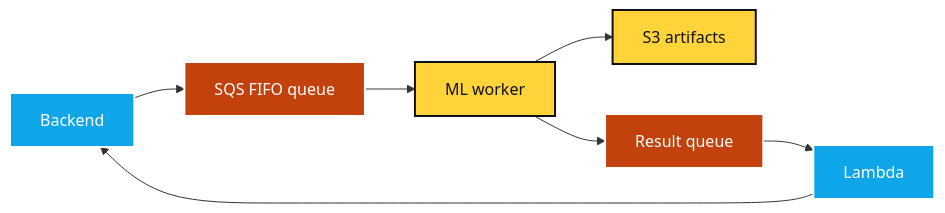
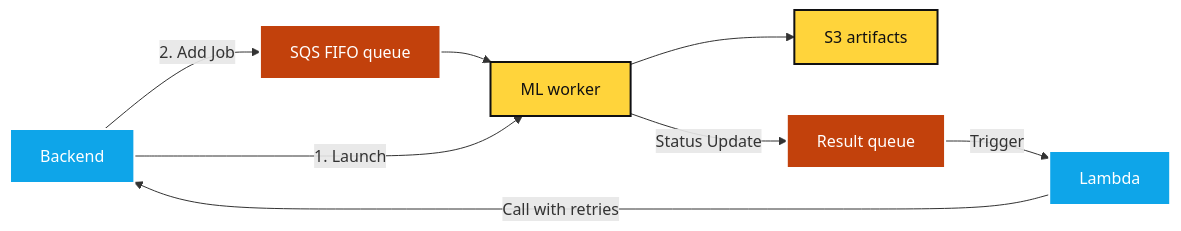
One commit to susmitpy/talks changed the fifth of 7 diagrams in backend_data_science_ai.md. Above: the diagram before and after it, drawn with Mermaid. The commit also changed other lines of this file and 1 other file, not shown here.

````diff
--- a/backend_data_science_ai.md
+++ b/backend_data_science_ai.md
@@ -1356,16 +1084,17 @@
 ```mermaid
 flowchart LR
-    B[Backend] --> Q[SQS FIFO queue]
+    B[Backend] --2. Add Job --> Q[SQS FIFO queue]
     Q --> W[ML worker]
+    B --1. Launch--> W
     W --> A[S3 artifacts]
-    W --> R[Result queue]
-    R --> L[Lambda]
-    L --> B
+    W --Status Update--> R[Result queue]
+    R --Trigger --> L[Lambda]
+    L --Call with retries --> B
 
     classDef blue fill:#0EA5E9,stroke:#FFFFFF,stroke-width:2px,color:#FFFFFF;
     classDef orange fill:#C2410C,stroke:#FFFFFF,stroke-width:2px,color:#FFFFFF;
     classDef yellow fill:#FFD43B,stroke:#101012,stroke-width:2px,color:#101012;
     class B,L blue;
     class Q,R orange;
     class W,A yellow;
 ```
````
